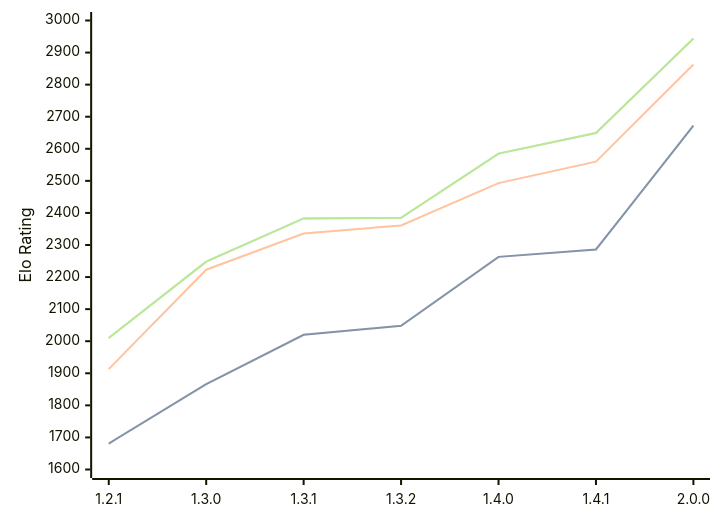
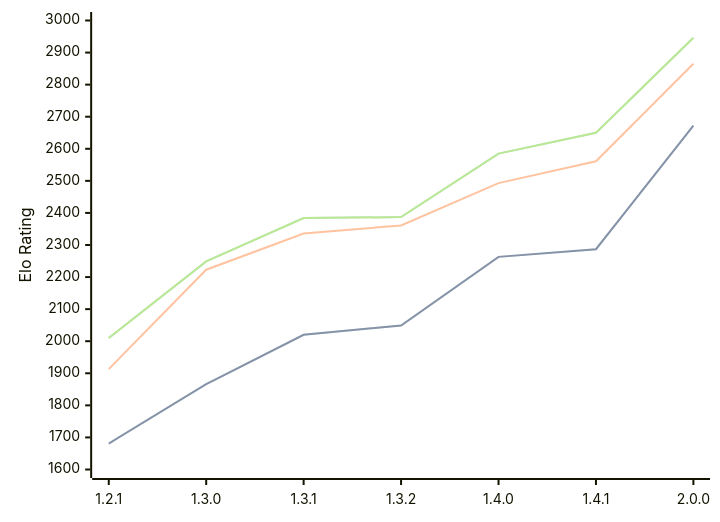
Before and after one commit to computer-chess-index/cci: the diagram in engines/Chal.md, drawn with Mermaid. The commit also changed other lines of this file, not shown here.

Commit message:
Update CCI Ratings (ELO VLTC) - 2026-09-13

````diff
--- a/engines/Chal.md
+++ b/engines/Chal.md
@@ -37,11 +37,11 @@
 ```mermaid
 %%{init: {"theme":"base","themeVariables":{"seriesColors:['#a3a3a3','#222221','#faa371']}}}%%
 xychart-beta
   x-axis ["1.2.1", "1.3.0", "1.3.1", "1.3.2", "1.4.0", "1.4.1", "2.0.0"]
   y-axis "Elo Rating" 1600 --> 3000
-  line "" [1681, 1866, 2020, 2048, 2263, 2286, 2672]
-  line "STC (8.0+0.08s)" [1681, 1866, 2020, 2048, 2263, 2286, 2672]
-  line "LTC (60.0+0.60s)" [1913, 2223, 2336, 2361, 2493, 2560, 2863]
-  line "" [2010, 2248, 2383, 2385, 2585, 2649, 2944]
-  line "VLTC (2m24s+1.12s)" [2010, 2248, 2383, 2385, 2585, 2649, 2944]
+  line "" [1681, 1866, 2020, 2049, 2263, 2287, 2672]
+  line "STC (8.0+0.08s)" [1681, 1866, 2020, 2049, 2263, 2287, 2672]
+  line "LTC (60.0+0.60s)" [1913, 2223, 2336, 2361, 2493, 2561, 2865]
+  line "" [2010, 2249, 2384, 2387, 2585, 2650, 2946]
+  line "VLTC (2m24s+1.12s)" [2010, 2249, 2384, 2387, 2585, 2650, 2946]
 ```
````
